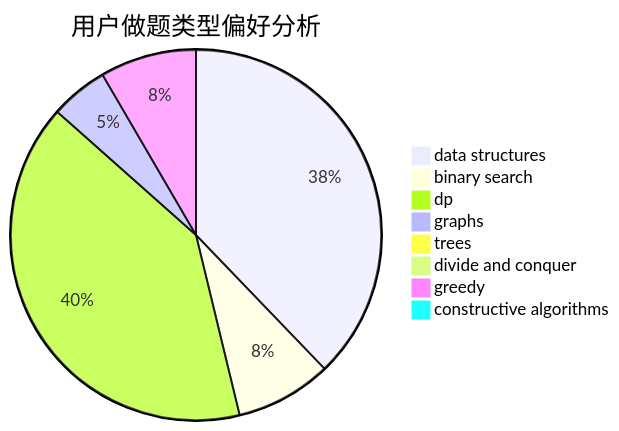
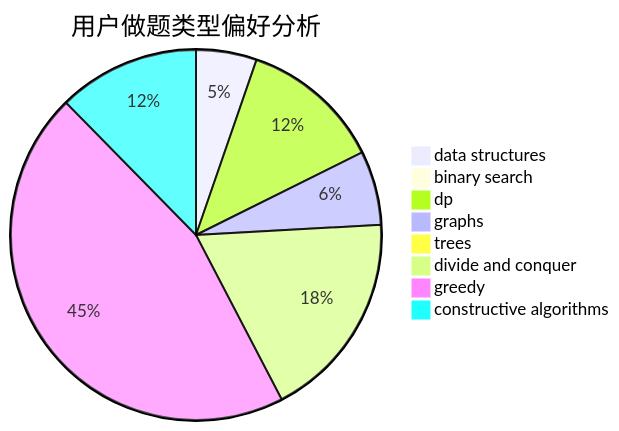
The second of 3 diagrams in docs/user/u1901.md (sherpahu/cfrs.github.io), drawn with Mermaid before and after one commit. The commit also changed other lines of this file and 2770 other files, not shown here.

````diff
--- a/docs/user/u1901.md
+++ b/docs/user/u1901.md
@@ -23,11 +23,11 @@
 ```mermaid
 pie title 用户做题类型偏好分析
-    "data structures" :  45
-    "binary search" :  10
-    "dp" :  48
-    "graphs" :  6
-    "trees" :  0
-    "divide and conquer" :  0
-    "greedy" :  10
-    "constructive algorithms" :  1
+    "data structures" :  18
+    "binary search" :  3
+    "dp" :  42
+    "graphs" :  22
+    "trees" :  3
+    "divide and conquer" :  62
+    "greedy" :  154
+    "constructive algorithms" :  42
 ```
````
